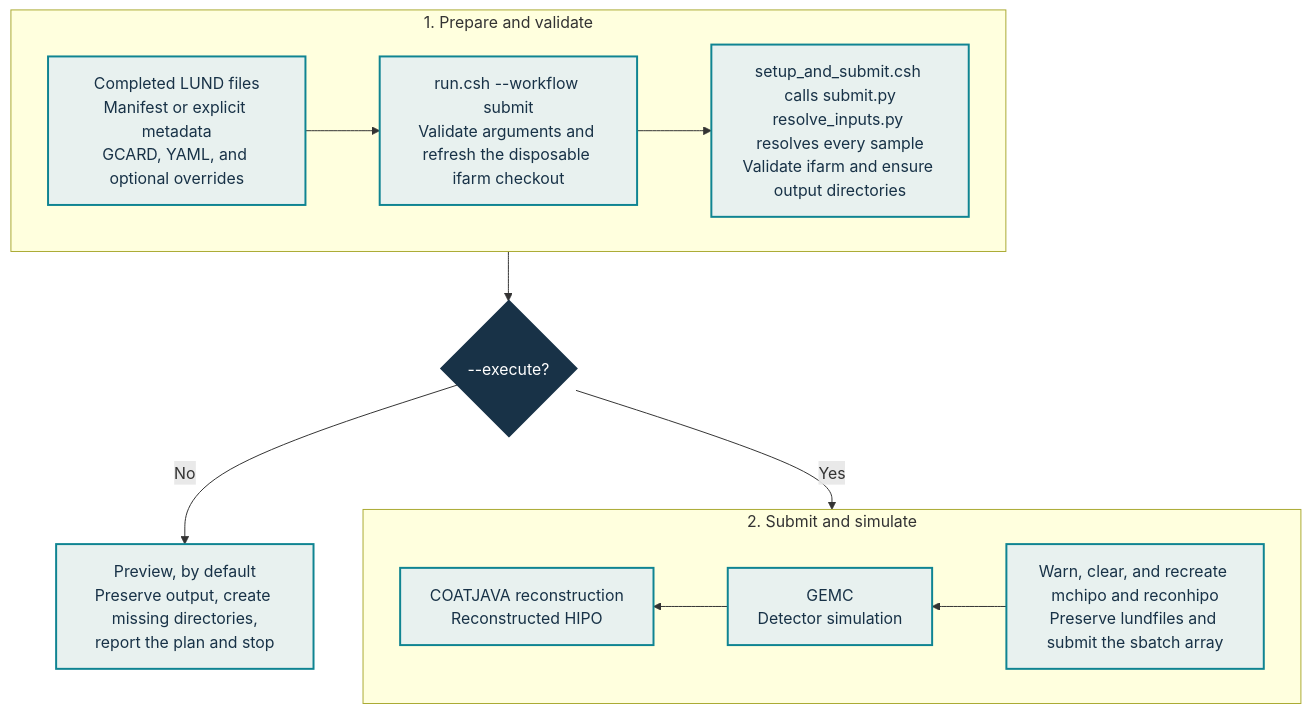
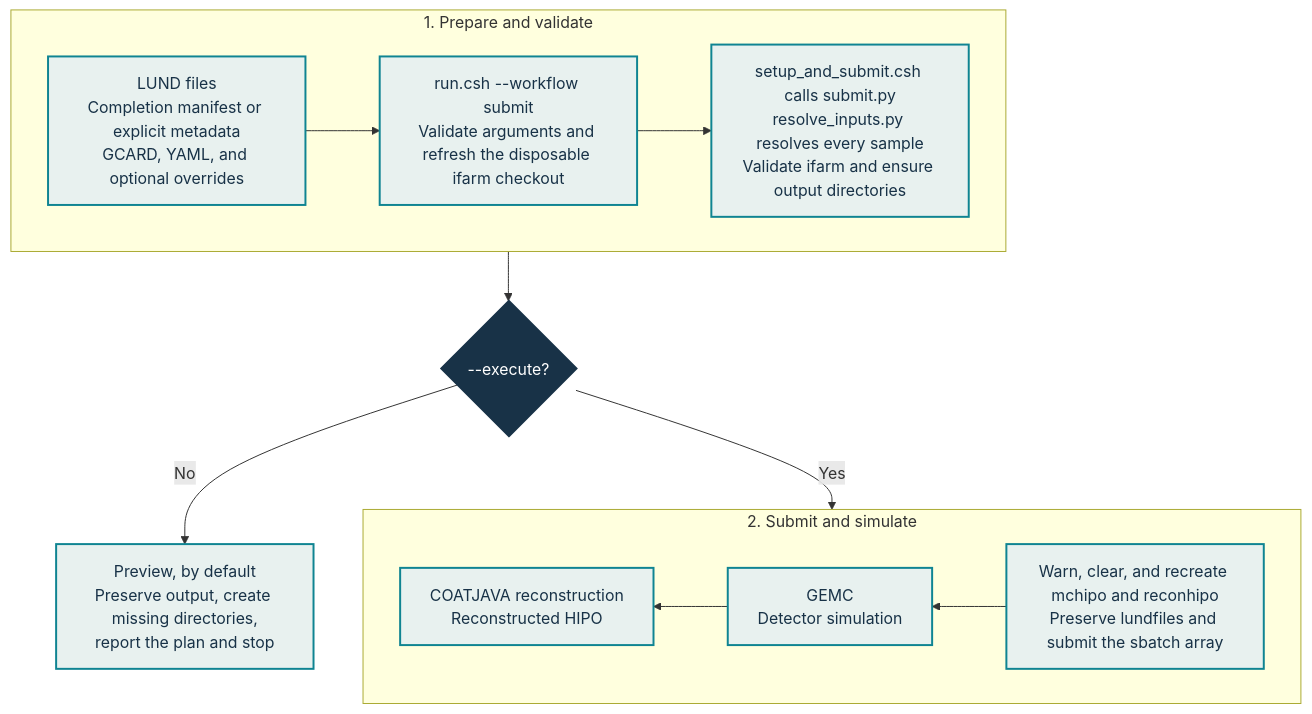
One commit to alons126/CLAS12-sample-generator changed the diagram in docs/submit-simulation/index.md. Above: the diagram before and after it, drawn with Mermaid. The commit also changed other lines of this file and 31 other files, not shown here.

````diff
--- a/docs/submit-simulation/index.md
+++ b/docs/submit-simulation/index.md
@@ -5,26 +5,26 @@
 ```mermaid
 flowchart TB
     subgraph PREPARE["1. Prepare and validate"]
         direction LR
-        INPUTS["Completed LUND files<br/>Manifest or explicit metadata<br/>GCARD, YAML, and optional overrides"] --> ENTRY["run.csh --workflow submit<br/>Validate arguments and refresh the disposable ifarm checkout"]
+        INPUTS["LUND files<br/>Completion manifest or explicit metadata<br/>GCARD, YAML, and optional overrides"] --> ENTRY["run.csh --workflow submit<br/>Validate arguments and refresh the disposable ifarm checkout"]
         ENTRY --> VALIDATE["setup_and_submit.csh calls submit.py<br/>resolve_inputs.py resolves every sample<br/>Validate ifarm and ensure output directories"]
     end
 
     EXECUTE{"--execute?"}
     PREVIEW["Preview, by default<br/>Preserve output, create missing directories,<br/>report the plan and stop"]
 
     subgraph SIMULATE["2. Submit and simulate"]
         direction RL
         SUBMIT["Warn, clear, and recreate mchipo and reconhipo<br/>Preserve lundfiles and submit the sbatch array"] --> GEMC["GEMC<br/>Detector simulation"]
         GEMC --> RECON["COATJAVA reconstruction<br/>Reconstructed HIPO"]
     end
 
     PREPARE --> EXECUTE
     EXECUTE -->|No| PREVIEW
     EXECUTE -->|Yes| SIMULATE
 
     classDef decision fill:#183247,color:#ffffff,stroke:#183247,stroke-width:2px;
     classDef stage fill:#e8f1ef,color:#183247,stroke:#0f8492,stroke-width:2px;
     class EXECUTE decision;
     class INPUTS,ENTRY,VALIDATE,PREVIEW,SUBMIT,GEMC,RECON stage;
 ```
````
